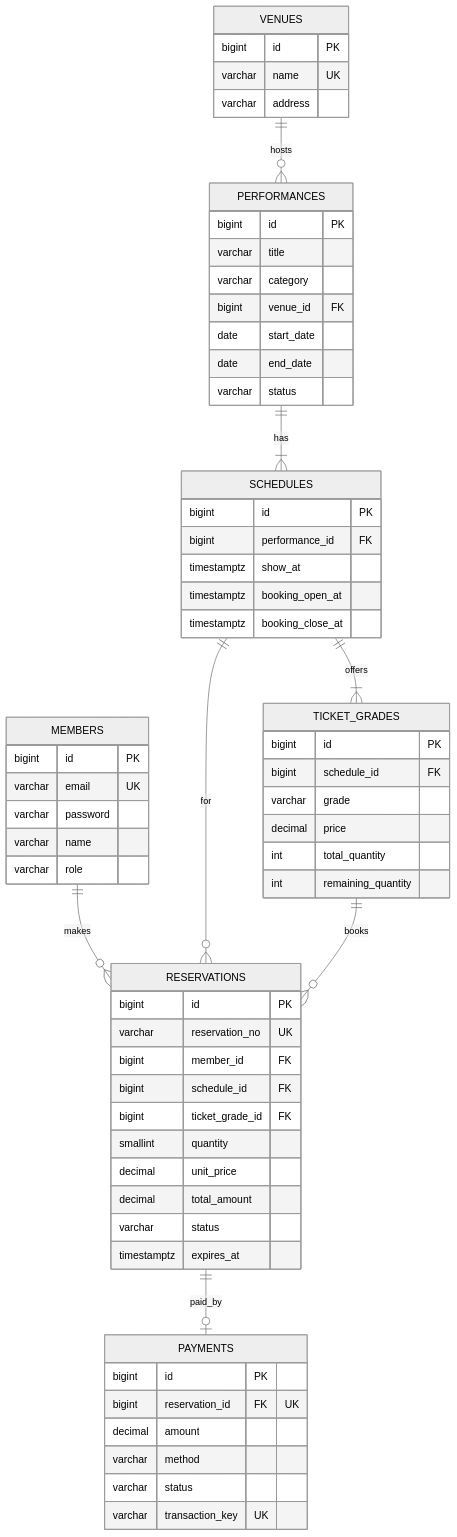
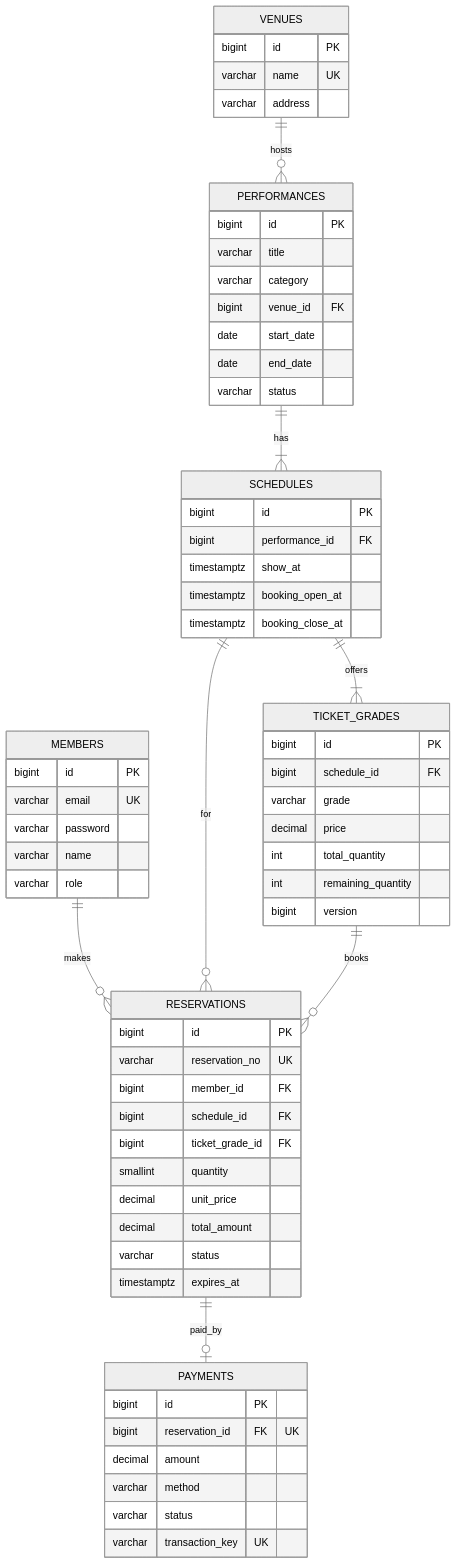
The first of 2 diagrams in docs/ERD.md (flyingRKO/TIKKIT), drawn with Mermaid (neutral theme) before and after one commit. The commit also changed other lines of this file and 7 other files, not shown here.

````diff
--- a/docs/ERD.md
+++ b/docs/ERD.md
@@ -109,67 +111,68 @@
 ```mermaid
 erDiagram
     VENUES ||--o{ PERFORMANCES : hosts
     MEMBERS ||--o{ RESERVATIONS : makes
     PERFORMANCES ||--|{ SCHEDULES : has
     SCHEDULES ||--|{ TICKET_GRADES : offers
     SCHEDULES ||--o{ RESERVATIONS : for
     TICKET_GRADES ||--o{ RESERVATIONS : books
     RESERVATIONS ||--o| PAYMENTS : paid_by
 
     VENUES {
         bigint id PK
         varchar name UK
         varchar address
     }
     MEMBERS {
         bigint id PK
         varchar email UK
         varchar password
         varchar name
         varchar role
     }
     PERFORMANCES {
         bigint id PK
         varchar title
         varchar category
         bigint venue_id FK
         date start_date
         date end_date
         varchar status
     }
     SCHEDULES {
         bigint id PK
         bigint performance_id FK
         timestamptz show_at
         timestamptz booking_open_at
         timestamptz booking_close_at
     }
     TICKET_GRADES {
         bigint id PK
         bigint schedule_id FK
         varchar grade
         decimal price
         int total_quantity
         int remaining_quantity
+        bigint version
     }
     RESERVATIONS {
         bigint id PK
         varchar reservation_no UK
         bigint member_id FK
         bigint schedule_id FK
         bigint ticket_grade_id FK
         smallint quantity
         decimal unit_price
         decimal total_amount
         varchar status
         timestamptz expires_at
     }
     PAYMENTS {
         bigint id PK
         bigint reservation_id FK "UK"
         decimal amount
         varchar method
         varchar status
         varchar transaction_key UK
     }
 ```
````
